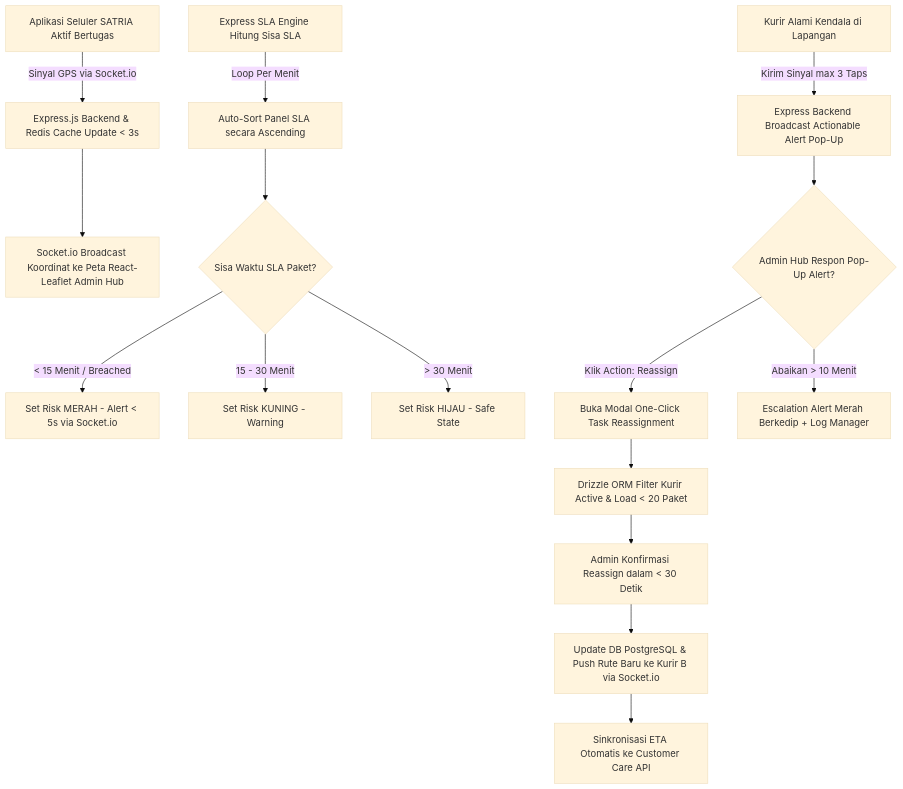
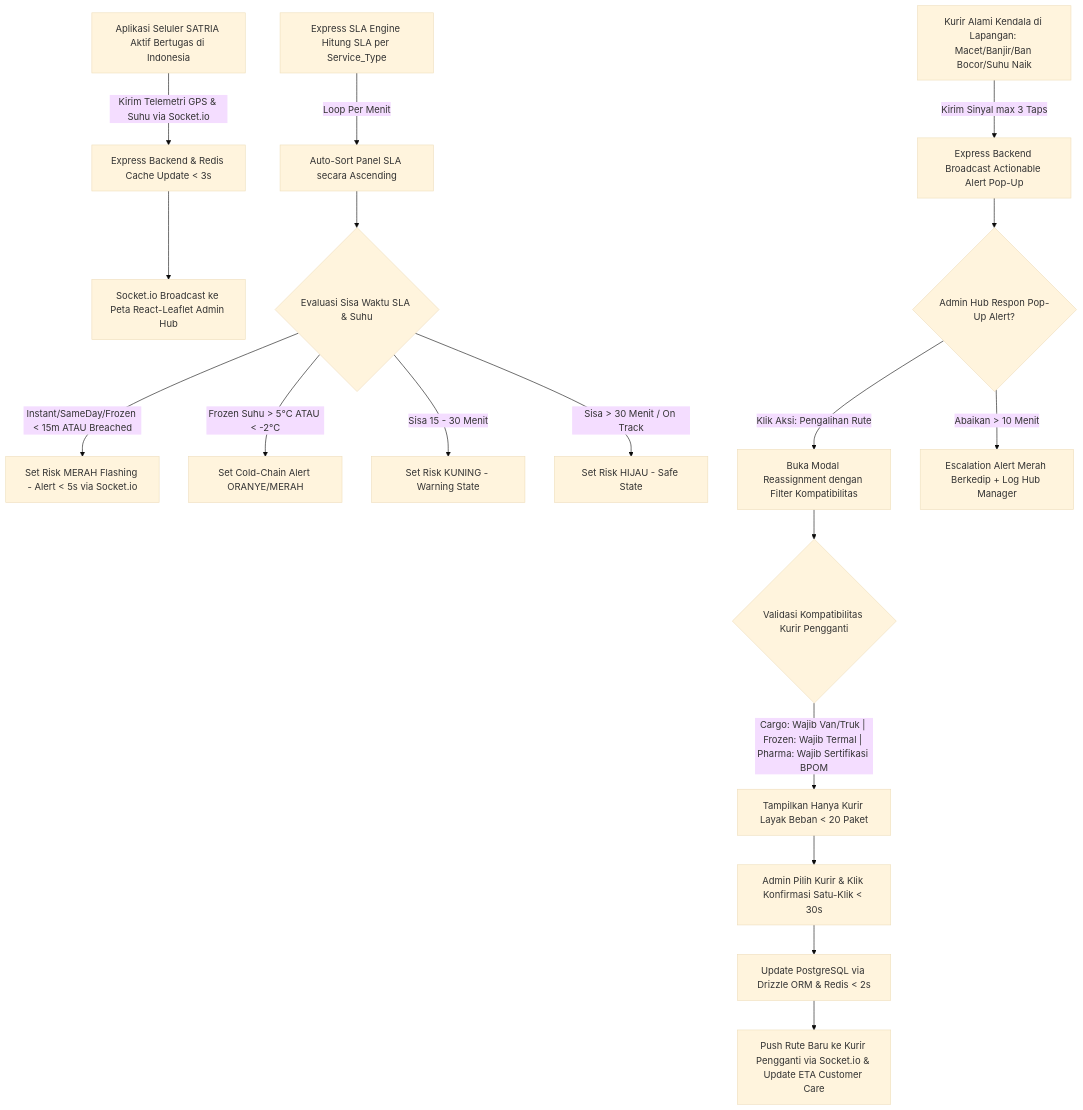
The diagram in docs/FRD-00-courier-admin-mini-panel.md (Ampasan/anteraja-capstone-naufalrakanramadhan), drawn with Mermaid (base theme) before and after one commit. The commit also changed other lines of this file and 7 other files, not shown here.

````diff
--- a/docs/FRD-00-courier-admin-mini-panel.md
+++ b/docs/FRD-00-courier-admin-mini-panel.md
@@ -30,21 +43,23 @@
 ```mermaid
 graph TD
-    A[Aplikasi Seluler SATRIA Aktif Bertugas] -->|Sinyal GPS via Socket.io| B[Express.js Backend & Redis Cache Update < 3s]
-    B --> C[Socket.io Broadcast Koordinat ke Peta React-Leaflet Admin Hub]
+    A[Aplikasi Seluler SATRIA Aktif Bertugas di Indonesia] -->|Kirim Telemetri GPS & Suhu via Socket.io| B[Express Backend & Redis Cache Update < 3s]
+    B --> C[Socket.io Broadcast ke Peta React-Leaflet Admin Hub]
     
-    D[Express SLA Engine Hitung Sisa SLA] -->|Loop Per Menit| E[Auto-Sort Panel SLA secara Ascending]
-    E --> F{Sisa Waktu SLA Paket?}
-    F -- "< 15 Menit / Breached" --> G[Set Risk MERAH - Alert < 5s via Socket.io]
-    F -- "15 - 30 Menit" --> H[Set Risk KUNING - Warning]
-    F -- "> 30 Menit" --> I[Set Risk HIJAU - Safe State]
+    D[Express SLA Engine Hitung SLA per Service_Type] -->|Loop Per Menit| E[Auto-Sort Panel SLA secara Ascending]
+    E --> F{Evaluasi Sisa Waktu SLA & Suhu}
+    F -- "Instant/SameDay/Frozen < 15m ATAU Breached" --> G[Set Risk MERAH Flashing - Alert < 5s via Socket.io]
+    F -- "Frozen Suhu > 5°C ATAU < -2°C" --> G2[Set Cold-Chain Alert ORANYE/MERAH]
+    F -- "Sisa 15 - 30 Menit" --> H[Set Risk KUNING - Warning State]
+    F -- "Sisa > 30 Menit / On Track" --> I[Set Risk HIJAU - Safe State]
     
-    J[Kurir Alami Kendala di Lapangan] -->|Kirim Sinyal max 3 Taps| K[Express Backend Broadcast Actionable Alert Pop-Up]
+    J[Kurir Alami Kendala di Lapangan: Macet/Banjir/Ban Bocor/Suhu Naik] -->|Kirim Sinyal max 3 Taps| K[Express Backend Broadcast Actionable Alert Pop-Up]
     K --> L{Admin Hub Respon Pop-Up Alert?}
-    L -- "Klik Action: Reassign" --> M[Buka Modal One-Click Task Reassignment]
-    L -- "Abaikan > 10 Menit" --> N[Escalation Alert Merah Berkedip + Log Manager]
+    L -- "Klik Aksi: Pengalihan Rute" --> M[Buka Modal Reassignment dengan Filter Kompatibilitas]
+    L -- "Abaikan > 10 Menit" --> N[Escalation Alert Merah Berkedip + Log Hub Manager]
     
-    M --> O[Drizzle ORM Filter Kurir Active & Load < 20 Paket]
-    O --> P[Admin Konfirmasi Reassign dalam < 30 Detik]
-    P --> Q[Update DB PostgreSQL & Push Rute Baru ke Kurir B via Socket.io]
-    Q --> R[Sinkronisasi ETA Otomatis ke Customer Care API]
+    M --> O{Validasi Kompatibilitas Kurir Pengganti}
+    O -- "Cargo: Wajib Van/Truk | Frozen: Wajib Termal | Pharma: Wajib Sertifikasi BPOM" --> P[Tampilkan Hanya Kurir Layak Beban < 20 Paket]
+    P --> Q[Admin Pilih Kurir & Klik Konfirmasi Satu-Klik < 30s]
+    Q --> R[Update PostgreSQL via Drizzle ORM & Redis < 2s]
+    R --> S[Push Rute Baru ke Kurir Pengganti via Socket.io & Update ETA Customer Care]
 ```
````
